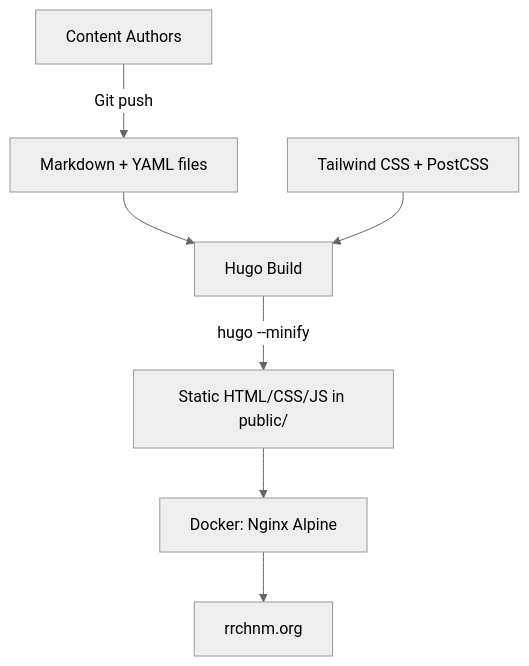
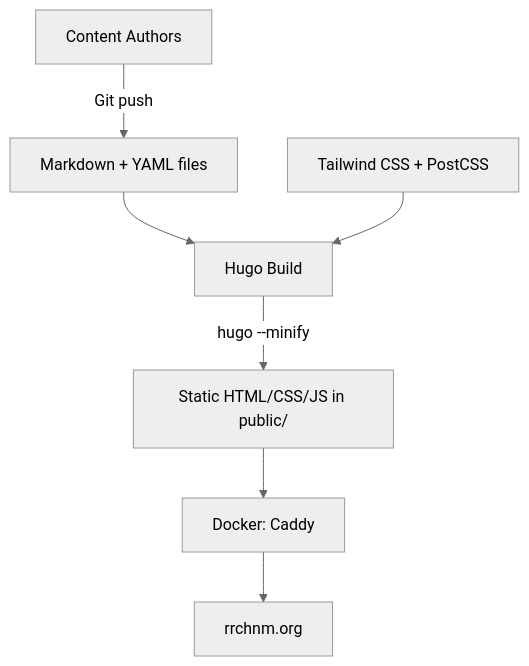
Before and after one commit to chnm/rrchnm.org: the diagram in AGENTS.md, drawn with Mermaid (neutral theme). The commit also changed other lines of this file, not shown here.

First line of the commit message:
docs: correct stale Nginx references to Caddy in AGENTS.md

````diff
--- a/AGENTS.md
+++ b/AGENTS.md
@@ -119,9 +119,9 @@
 ```mermaid
 graph TD
     A[Content Authors] -->|Git push| B[Markdown + YAML files]
     B --> C[Hugo Build]
     D[Tailwind CSS + PostCSS] --> C
     C -->|hugo --minify| E[Static HTML/CSS/JS in public/]
-    E --> F[Docker: Nginx Alpine]
+    E --> F[Docker: Caddy]
     F --> G[rrchnm.org]
 ```
````
